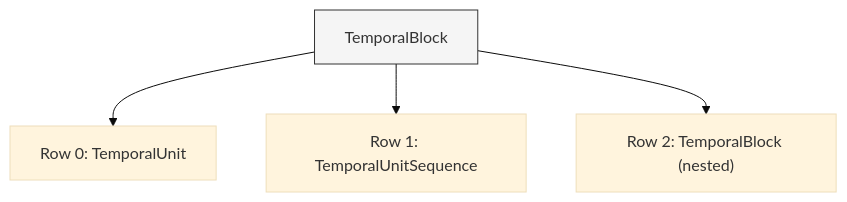
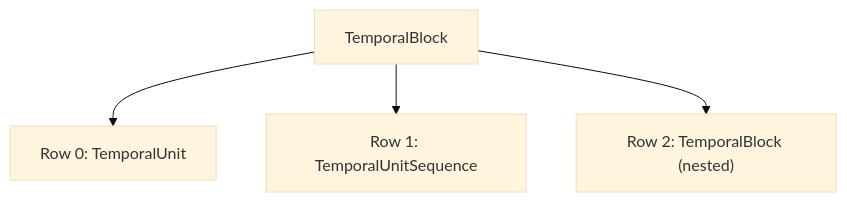
Before and after one commit to kr4g/Klotho: the sixth of 7 diagrams in docs/architecture/02_CHRONOS.md, drawn with Mermaid (base theme). The commit also changed other lines of this file and 13 other files, not shown here.

First line of the commit message:
Overhaul architecture docs for Klotho 10.x API

````diff
--- a/docs/architecture/02_CHRONOS.md
+++ b/docs/architecture/02_CHRONOS.md
@@ -328,9 +337,7 @@
 ```mermaid
 flowchart TD
     TB["TemporalBlock"]
     TB --> R1["Row 0: TemporalUnit"]
     TB --> R2["Row 1: TemporalUnitSequence"]
     TB --> R3["Row 2: TemporalBlock (nested)"]
-
-    style TB fill:#f5f5f5,stroke:#333
 ```
````
